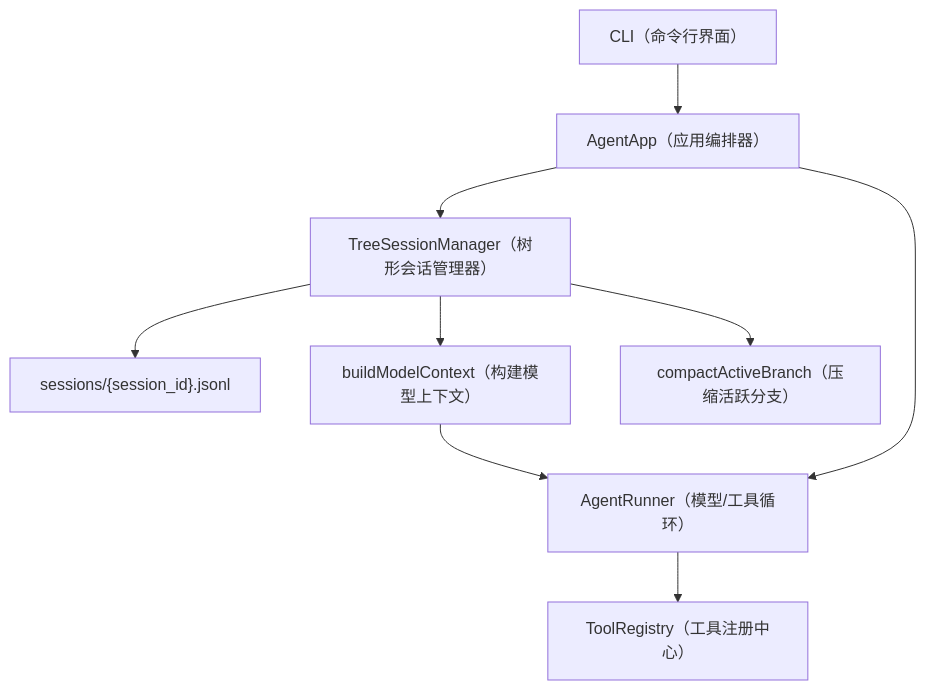
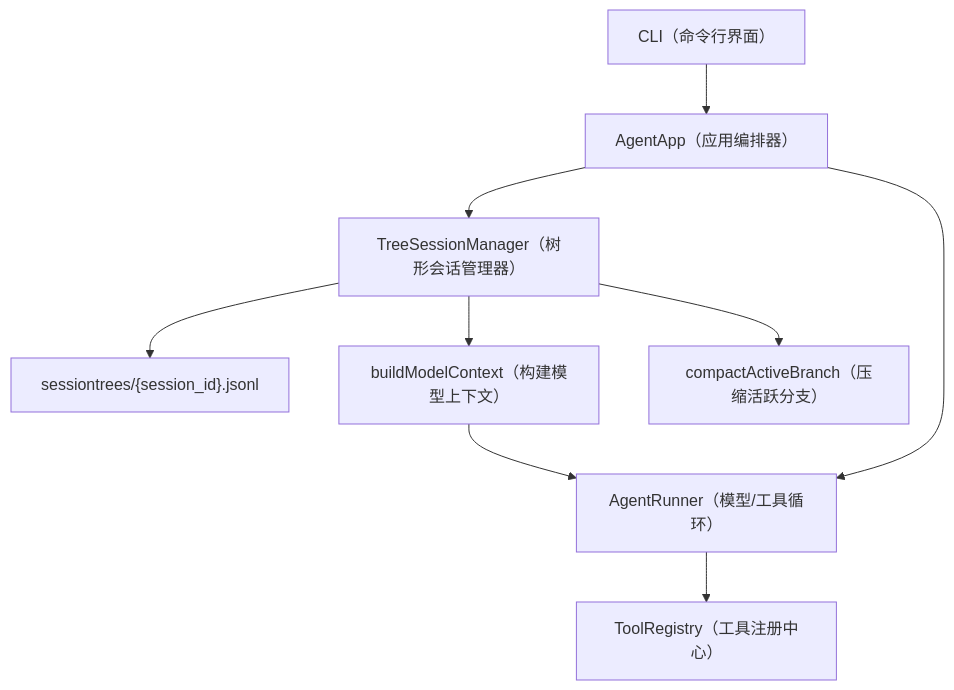
One commit to linzch23/PrismX changed the diagram in docs/tree-session-implementation.zh.md. Above: the diagram before and after it, drawn with Mermaid. The commit also changed other lines of this file and 33 other files, not shown here.

````diff
--- a/docs/tree-session-implementation.zh.md
+++ b/docs/tree-session-implementation.zh.md
@@ -59,11 +59,11 @@
 ```mermaid
 flowchart TD
     CLI["CLI（命令行界面）"] --> App["AgentApp（应用编排器）"]
     App --> Tree["TreeSessionManager（树形会话管理器）"]
     App --> Runner["AgentRunner（模型/工具循环）"]
     Runner --> Tools["ToolRegistry（工具注册中心）"]
-    Tree --> Storage["sessions/{session_id}.jsonl"]
+    Tree --> Storage["sessiontrees/{session_id}.jsonl"]
     Tree --> Context["buildModelContext（构建模型上下文）"]
     Context --> Runner
     Tree --> Compact["compactActiveBranch（压缩活跃分支）"]
 ```
````
